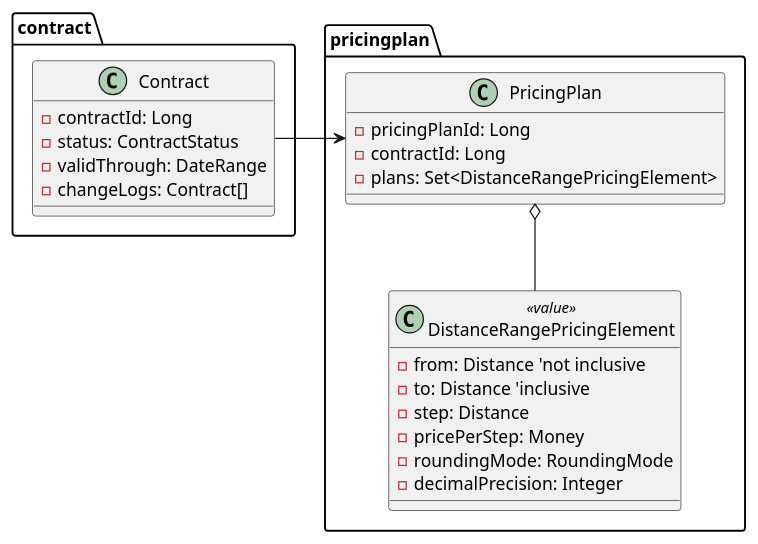
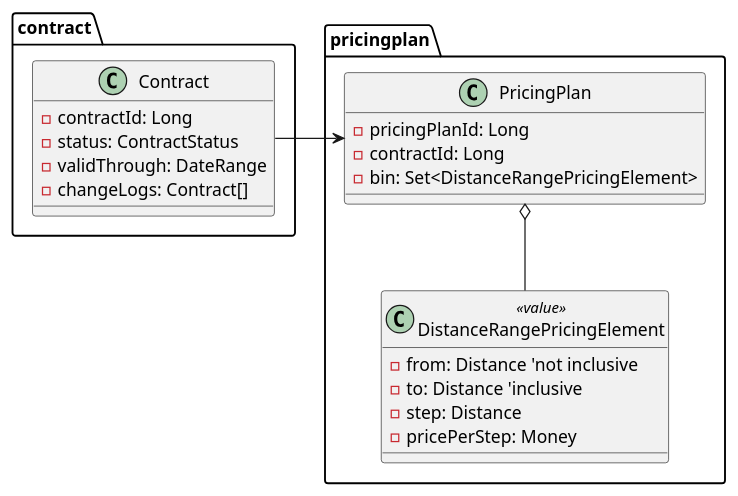
Before and after one commit to appkr/immutable-entity-poc: the diagram in doc/class.puml, drawn with PlantUML. The commit also changed 3 other files, not shown here.

```diff
--- a/doc/class.puml
+++ b/doc/class.puml
@@ -1,32 +1,30 @@
 @startuml
 
 package contract {
   class Contract {
     - contractId: Long
     - status: ContractStatus
     - validThrough: DateRange
     - changeLogs: Contract[]
   }
 }
 
 package pricingplan {
   class PricingPlan {
     - pricingPlanId: Long
     - contractId: Long
-    - plans: Set<DistanceRangePricingElement>
+    - bin: Set<DistanceRangePricingElement>
   }
 
   class DistanceRangePricingElement <<value>> {
     - from: Distance 'not inclusive
     - to: Distance 'inclusive
     - step: Distance
     - pricePerStep: Money
-    - roundingMode: RoundingMode
-    - decimalPrecision: Integer
   }
 }
 
 Contract -> PricingPlan
 PricingPlan o-- DistanceRangePricingElement
 
 @enduml
```
